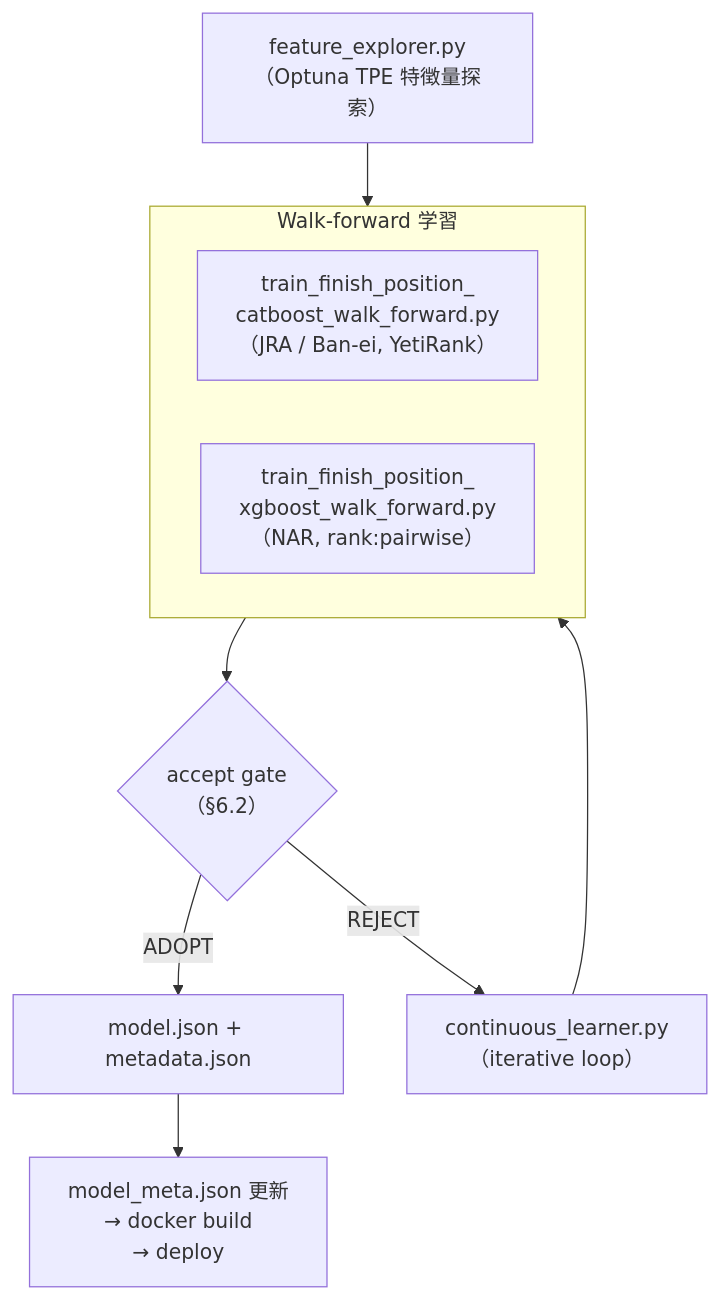
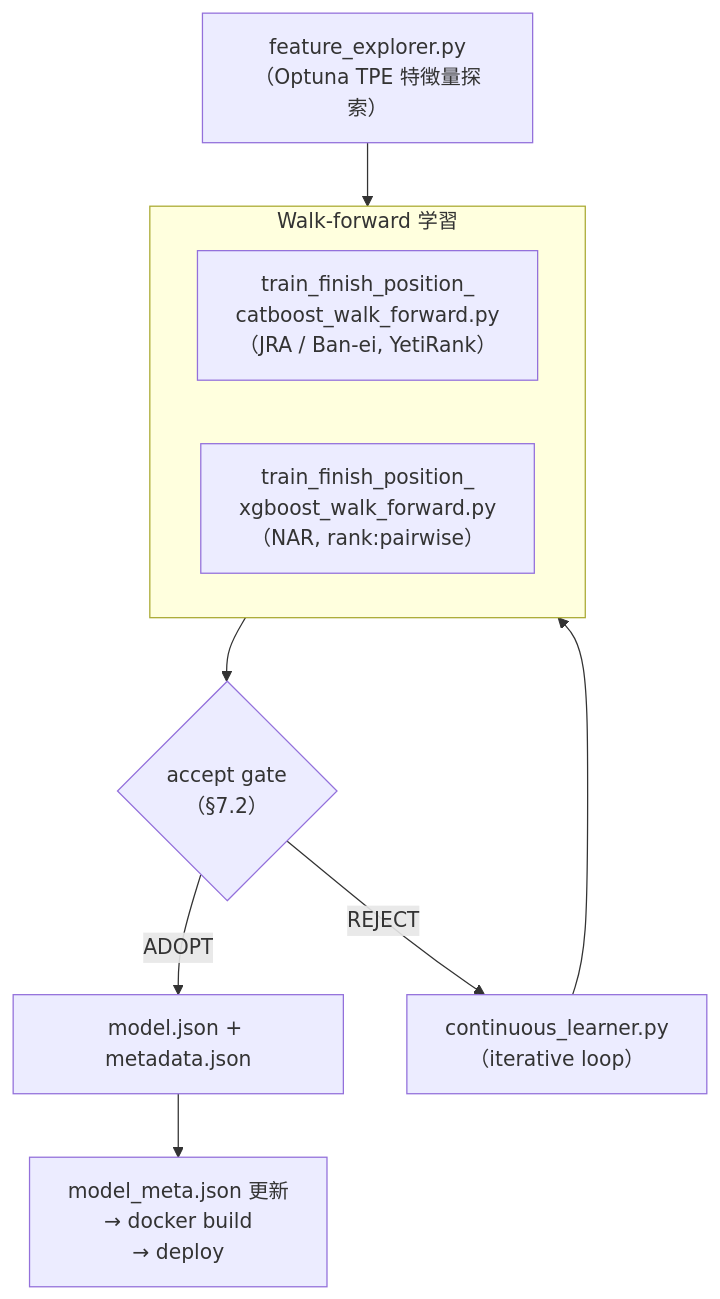
One commit to kkkaoru/horse-racing-data changed the ninth of 10 diagrams in docs/finish-position-prediction-system.md. Above: the diagram before and after it, drawn with Mermaid. The commit also changed other lines of this file and 16 other files, not shown here.

````diff
--- a/docs/finish-position-prediction-system.md
+++ b/docs/finish-position-prediction-system.md
@@ -418,18 +601,18 @@
 ```mermaid
 flowchart TB
     LOOP["continuous_learner.py<br/>（iterative loop）"]
     EXPLORE["feature_explorer.py<br/>（Optuna TPE 特徴量探索）"]
     subgraph WFTRAIN["Walk-forward 学習"]
         CB["train_finish_position_<br/>catboost_walk_forward.py<br/>（JRA / Ban-ei, YetiRank）"]
         XGB["train_finish_position_<br/>xgboost_walk_forward.py<br/>（NAR, rank:pairwise）"]
     end
-    GATE{"accept gate<br/>（§6.2）"}
+    GATE{"accept gate<br/>（§7.2）"}
     ARTI["model.json + metadata.json"]
     DEPLOY["model_meta.json 更新<br/>→ docker build<br/>→ deploy"]
 
     LOOP --> WFTRAIN
     EXPLORE --> WFTRAIN
     WFTRAIN --> GATE
     GATE -->|"ADOPT"| ARTI --> DEPLOY
     GATE -->|"REJECT"| LOOP
 ```
````
